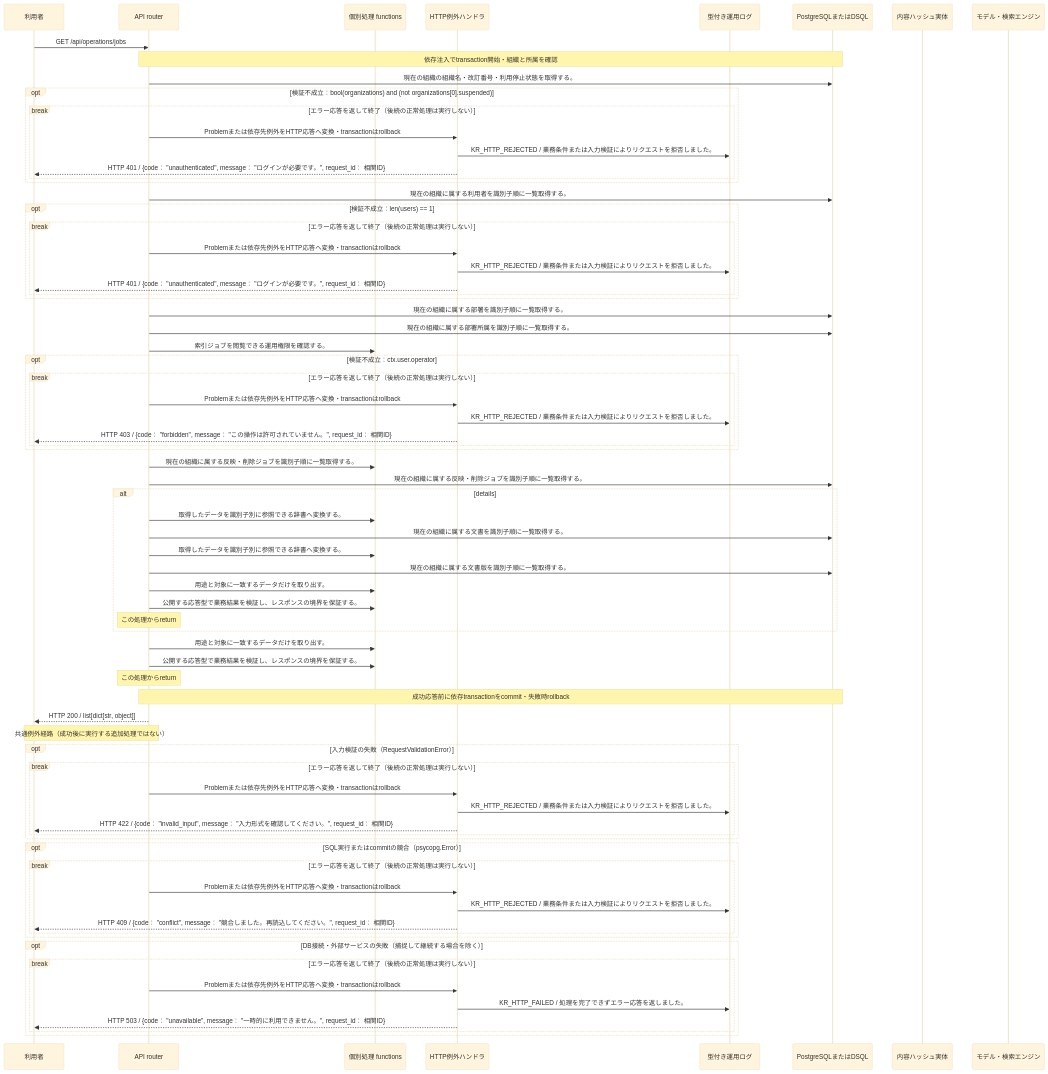
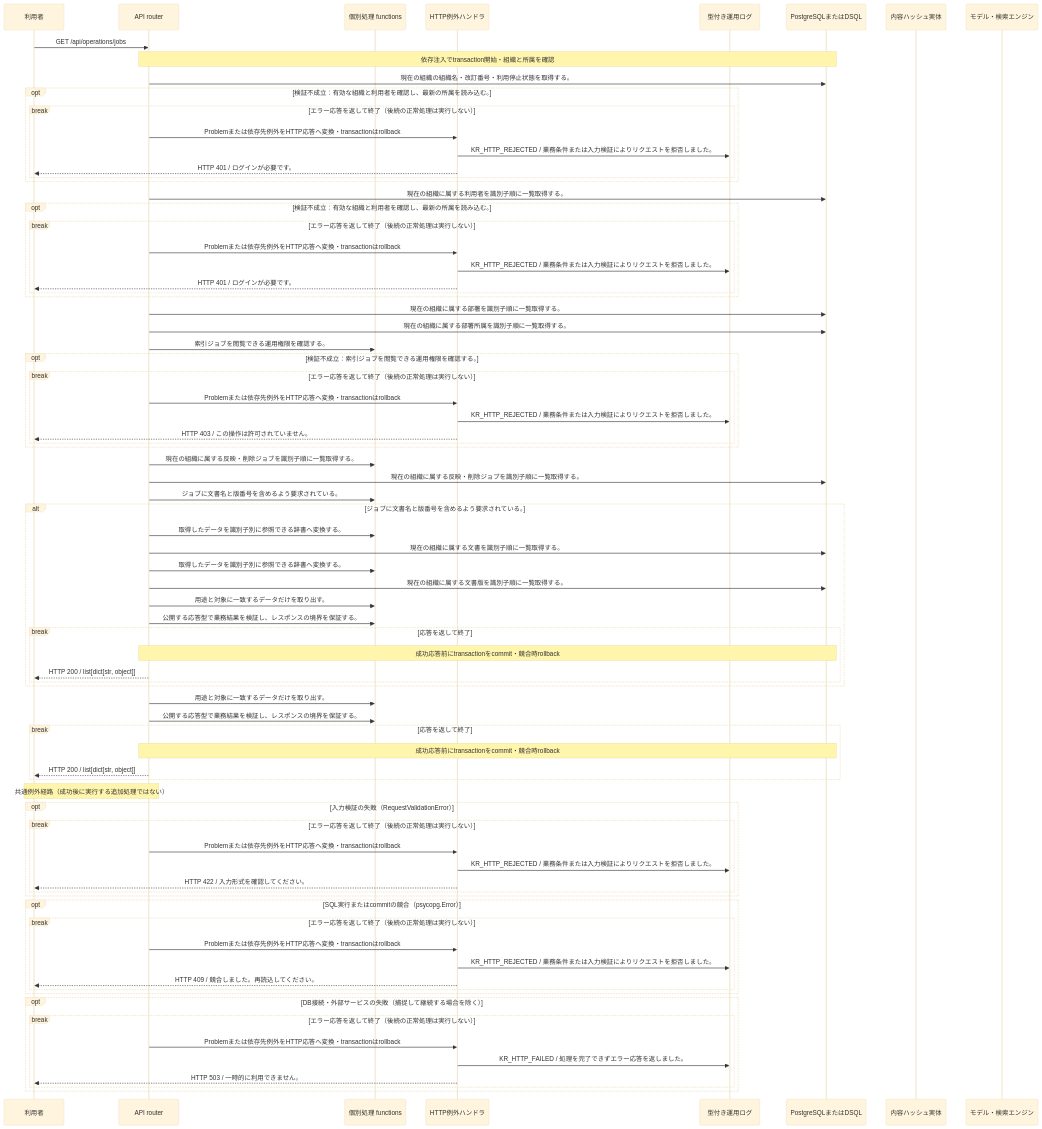
Before and after one commit to tsuji-tomonori/KotoRelay: the diagram in docs/design/generated/api/operations/list_jobs/sequence.md, drawn with Mermaid (base theme). The commit also changed other lines of this file and 245 other files, not shown here.

````diff
--- a/docs/design/generated/api/operations/list_jobs/sequence.md
+++ b/docs/design/generated/api/operations/list_jobs/sequence.md
@@ -7,77 +7,82 @@
 ```mermaid
 sequenceDiagram
     participant U as 利用者
     participant A as API router
     participant F as 個別処理 functions
     participant E as HTTP例外ハンドラ
     participant L as 型付き運用ログ
     participant D as PostgreSQLまたはDSQL
     participant S as 内容ハッシュ実体
     participant M as モデル・検索エンジン
     U->>A: GET /api/operations/jobs
     Note over A,D: 依存注入でtransaction開始・組織と所属を確認
     A->>D: 現在の組織の組織名・改訂番号・利用停止状態を取得する。
-    opt 検証不成立：bool(organizations) and (not organizations[0].suspended)
+    opt 検証不成立：有効な組織と利用者を確認し、最新の所属を読み込む。
     break エラー応答を返して終了（後続の正常処理は実行しない）
     A->>E: Problemまたは依存先例外をHTTP応答へ変換・transactionはrollback
     E->>L: KR_HTTP_REJECTED / 業務条件または入力検証によりリクエストを拒否しました。
-    E-->>U: HTTP 401 / {code： "unauthenticated", message： "ログインが必要です。", request_id： 相関ID}
+    E-->>U: HTTP 401 / ログインが必要です。
     end
     end
     A->>D: 現在の組織に属する利用者を識別子順に一覧取得する。
-    opt 検証不成立：len(users) == 1
+    opt 検証不成立：有効な組織と利用者を確認し、最新の所属を読み込む。
     break エラー応答を返して終了（後続の正常処理は実行しない）
     A->>E: Problemまたは依存先例外をHTTP応答へ変換・transactionはrollback
     E->>L: KR_HTTP_REJECTED / 業務条件または入力検証によりリクエストを拒否しました。
-    E-->>U: HTTP 401 / {code： "unauthenticated", message： "ログインが必要です。", request_id： 相関ID}
+    E-->>U: HTTP 401 / ログインが必要です。
     end
     end
     A->>D: 現在の組織に属する部署を識別子順に一覧取得する。
     A->>D: 現在の組織に属する部署所属を識別子順に一覧取得する。
     A->>F: 索引ジョブを閲覧できる運用権限を確認する。
-    opt 検証不成立：ctx.user.operator
+    opt 検証不成立：索引ジョブを閲覧できる運用権限を確認する。
     break エラー応答を返して終了（後続の正常処理は実行しない）
     A->>E: Problemまたは依存先例外をHTTP応答へ変換・transactionはrollback
     E->>L: KR_HTTP_REJECTED / 業務条件または入力検証によりリクエストを拒否しました。
-    E-->>U: HTTP 403 / {code： "forbidden", message： "この操作は許可されていません。", request_id： 相関ID}
+    E-->>U: HTTP 403 / この操作は許可されていません。
     end
     end
     A->>F: 現在の組織に属する反映・削除ジョブを識別子順に一覧取得する。
     A->>D: 現在の組織に属する反映・削除ジョブを識別子順に一覧取得する。
-    alt details
+    A->>F: ジョブに文書名と版番号を含めるよう要求されている。
+    alt ジョブに文書名と版番号を含めるよう要求されている。
     A->>F: 取得したデータを識別子別に参照できる辞書へ変換する。
     A->>D: 現在の組織に属する文書を識別子順に一覧取得する。
     A->>F: 取得したデータを識別子別に参照できる辞書へ変換する。
     A->>D: 現在の組織に属する文書版を識別子順に一覧取得する。
     A->>F: 用途と対象に一致するデータだけを取り出す。
     A->>F: 公開する応答型で業務結果を検証し、レスポンスの境界を保証する。
-    Note over A: この処理からreturn
+    break 応答を返して終了
+    Note over A,D: 成功応答前にtransactionをcommit・競合時rollback
+    A-->>U: HTTP 200 / list[dict[str, object]]
+    end
     end
     A->>F: 用途と対象に一致するデータだけを取り出す。
     A->>F: 公開する応答型で業務結果を検証し、レスポンスの境界を保証する。
-    Note over A: この処理からreturn
-    Note over A,D: 成功応答前に依存transactionをcommit・失敗時rollback
+    break 応答を返して終了
+    Note over A,D: 成功応答前にtransactionをcommit・競合時rollback
     A-->>U: HTTP 200 / list[dict[str, object]]
+    end
     Note over A,U: 共通例外経路（成功後に実行する追加処理ではない）
     opt 入力検証の失敗（RequestValidationError）
     break エラー応答を返して終了（後続の正常処理は実行しない）
     A->>E: Problemまたは依存先例外をHTTP応答へ変換・transactionはrollback
     E->>L: KR_HTTP_REJECTED / 業務条件または入力検証によりリクエストを拒否しました。
-    E-->>U: HTTP 422 / {code： "invalid_input", message： "入力形式を確認してください。", request_id： 相関ID}
+    E-->>U: HTTP 422 / 入力形式を確認してください。
     end
     end
     opt SQL実行またはcommitの競合（psycopg.Error）
     break エラー応答を返して終了（後続の正常処理は実行しない）
     A->>E: Problemまたは依存先例外をHTTP応答へ変換・transactionはrollback
     E->>L: KR_HTTP_REJECTED / 業務条件または入力検証によりリクエストを拒否しました。
-    E-->>U: HTTP 409 / {code： "conflict", message： "競合しました。再読込してください。", request_id： 相関ID}
+    E-->>U: HTTP 409 / 競合しました。再読込してください。
     end
     end
     opt DB接続・外部サービスの失敗（捕捉して継続する場合を除く）
     break エラー応答を返して終了（後続の正常処理は実行しない）
     A->>E: Problemまたは依存先例外をHTTP応答へ変換・transactionはrollback
     E->>L: KR_HTTP_FAILED / 処理を完了できずエラー応答を返しました。
-    E-->>U: HTTP 503 / {code： "unavailable", message： "一時的に利用できません。", request_id： 相関ID}
+    E-->>U: HTTP 503 / 一時的に利用できません。
     end
     end
 ```
````
